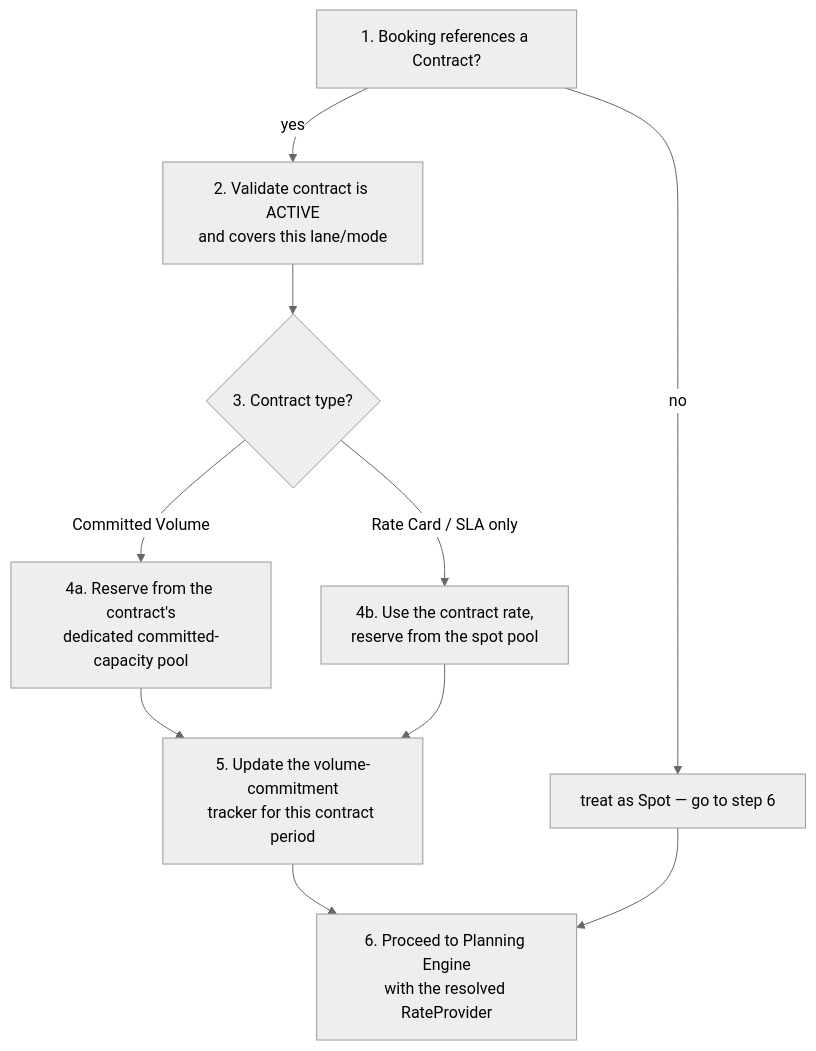
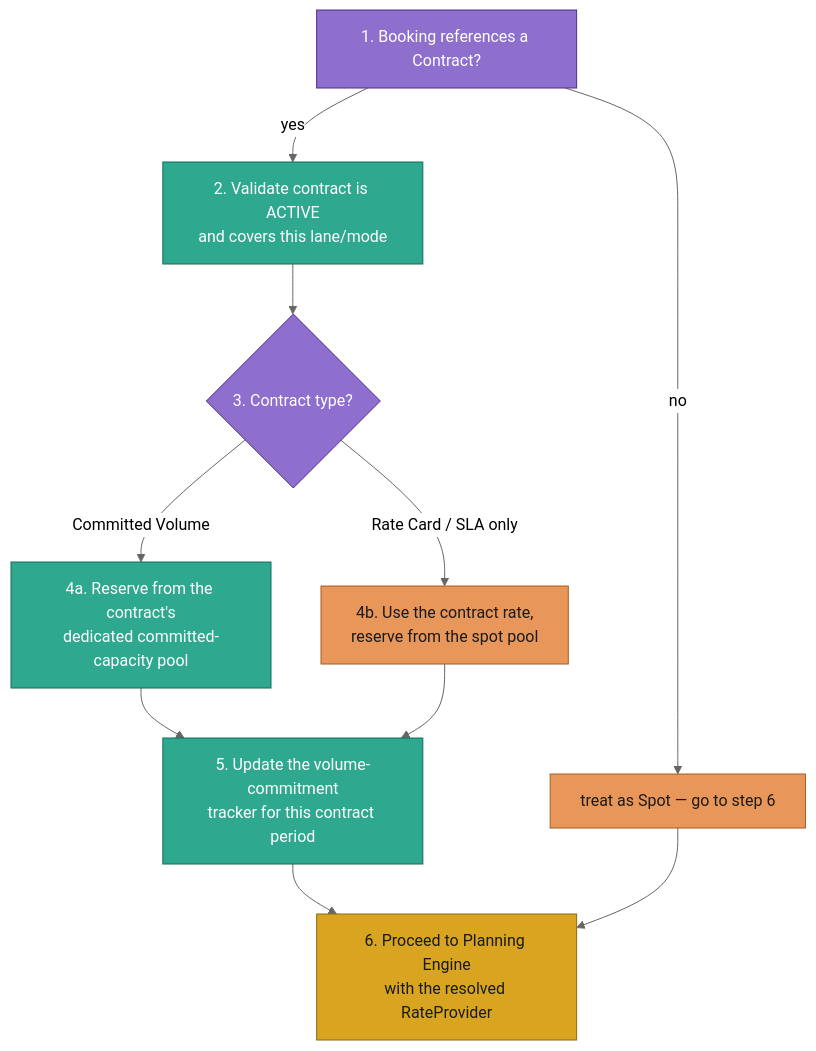
The seventh of 36 diagrams in lib/src/main/java/org/pk/practices/design/supplychain/DESIGN.md (Pratyush576/CodingPractice), drawn with Mermaid (neutral theme) before and after one commit. The commit also changed other lines of this file and 5 other files, not shown here.

Commit message:
Enhanced the diagrams

````diff
--- a/lib/src/main/java/org/pk/practices/design/supplychain/DESIGN.md
+++ b/lib/src/main/java/org/pk/practices/design/supplychain/DESIGN.md
@@ -920,12 +979,21 @@
 ```mermaid
 flowchart TD
     A["1. Booking references a Contract?"] -->|yes| B["2. Validate contract is ACTIVE<br/>and covers this lane/mode"]
     A -->|no| C["treat as Spot — go to step 6"]
     B --> D{"3. Contract type?"}
     D -->|Committed Volume| E["4a. Reserve from the contract's<br/>dedicated committed-capacity pool"]
     D -->|Rate Card / SLA only| F["4b. Use the contract rate,<br/>reserve from the spot pool"]
     E --> G["5. Update the volume-commitment<br/>tracker for this contract period"]
     F --> G
     G --> H["6. Proceed to Planning Engine<br/>with the resolved RateProvider"]
     C --> H
+
+    classDef decision fill:#8e6fce,stroke:#4d2e8a,color:#ffffff
+    classDef process fill:#2ea88f,stroke:#146b58,color:#ffffff
+    classDef alternate fill:#e8965a,stroke:#a85c1f,color:#1a1a1a
+    classDef outcome fill:#d9a521,stroke:#8a6a0f,color:#1a1a1a
+    class A,D decision
+    class B,E,G process
+    class C,F alternate
+    class H outcome
 ```
````
